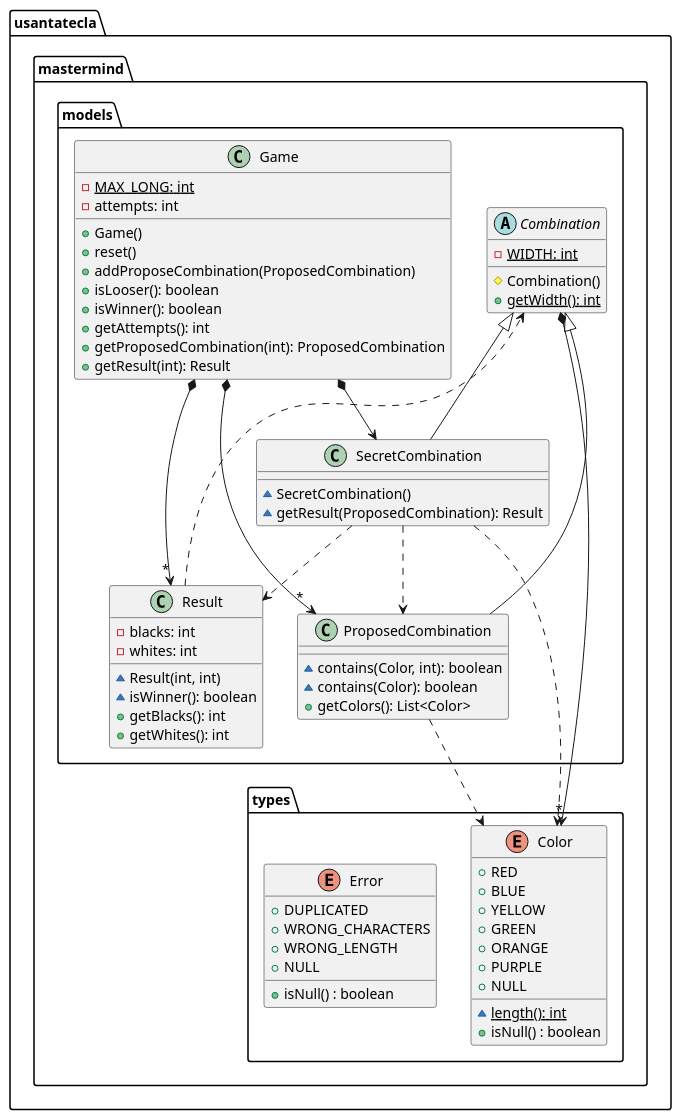
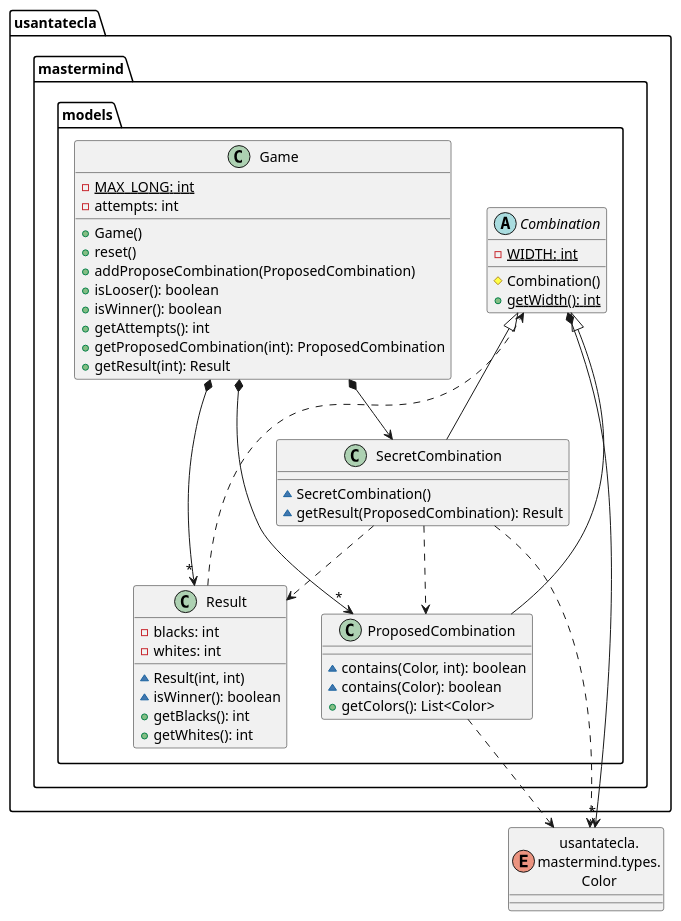
The third of 5 diagrams in documentView/console/docs/diagrams/src/paquetes.plantuml (SantaTecla-mastermind/solution.java.swing.socket.sql), drawn with PlantUML before and after one commit. The commit also changed 40 other files, not shown here.

```diff
--- a/documentView/console/docs/diagrams/src/paquetes.plantuml
+++ b/documentView/console/docs/diagrams/src/paquetes.plantuml
@@ -135,72 +140,54 @@
 @startuml usantatecla.mastermind.models
-enum usantatecla.mastermind.types.Color {
-    + RED
-    + BLUE
-    + YELLOW
-    + GREEN
-    + ORANGE
-    + PURPLE
-    + NULL
-    ~ {static} length(): int
-    + isNull() : boolean
-}
+enum Color as "usantatecla.\nmastermind.types.\nColor"
 
 abstract class usantatecla.mastermind.models.Combination {
     - {static} WIDTH: int
     # Combination()
     + {static} getWidth(): int
 }
-usantatecla.mastermind.models.Combination *-down-> "*" usantatecla.mastermind.types.Color
-
-enum usantatecla.mastermind.types.Error {
-    + DUPLICATED
-    + WRONG_CHARACTERS
-    + WRONG_LENGTH
-    + NULL
-    + isNull() : boolean
-}
+usantatecla.mastermind.models.Combination *-down-> "*" Color
 
 class usantatecla.mastermind.models.Game {
     - {static} MAX_LONG: int
     - attempts: int
     + Game()
     + reset()
     + addProposeCombination(ProposedCombination)
     + isLooser(): boolean
     + isWinner(): boolean
     + getAttempts(): int
     + getProposedCombination(int): ProposedCombination
     + getResult(int): Result
 }
 usantatecla.mastermind.models.Game *-down-> usantatecla.mastermind.models.SecretCombination
 usantatecla.mastermind.models.Game *-down-> "*" usantatecla.mastermind.models.Result
 usantatecla.mastermind.models.Game *-down-> "*" usantatecla.mastermind.models.ProposedCombination
 
 class usantatecla.mastermind.models.ProposedCombination {
     ~ contains(Color, int): boolean
     ~ contains(Color): boolean
     + getColors(): List<Color>
 }
 usantatecla.mastermind.models.ProposedCombination -up-|> usantatecla.mastermind.models.Combination
-usantatecla.mastermind.models.ProposedCombination ..> usantatecla.mastermind.types.Color
+usantatecla.mastermind.models.ProposedCombination ..> Color
 
 class usantatecla.mastermind.models.Result {
     - blacks: int
     - whites: int
     ~ Result(int, int)
     ~ isWinner(): boolean
     + getBlacks(): int
     + getWhites(): int
 }
 
 usantatecla.mastermind.models.Result ..> usantatecla.mastermind.models.Combination
 
 class usantatecla.mastermind.models.SecretCombination {
     ~ SecretCombination()
     ~ getResult(ProposedCombination): Result
 }
 usantatecla.mastermind.models.SecretCombination -up-|> usantatecla.mastermind.models.Combination
 usantatecla.mastermind.models.SecretCombination ..> usantatecla.mastermind.models.Result
 usantatecla.mastermind.models.SecretCombination ..> usantatecla.mastermind.models.ProposedCombination
-usantatecla.mastermind.models.SecretCombination ..> usantatecla.mastermind.types.Color
+usantatecla.mastermind.models.SecretCombination ..> Color
 @enduml
```
